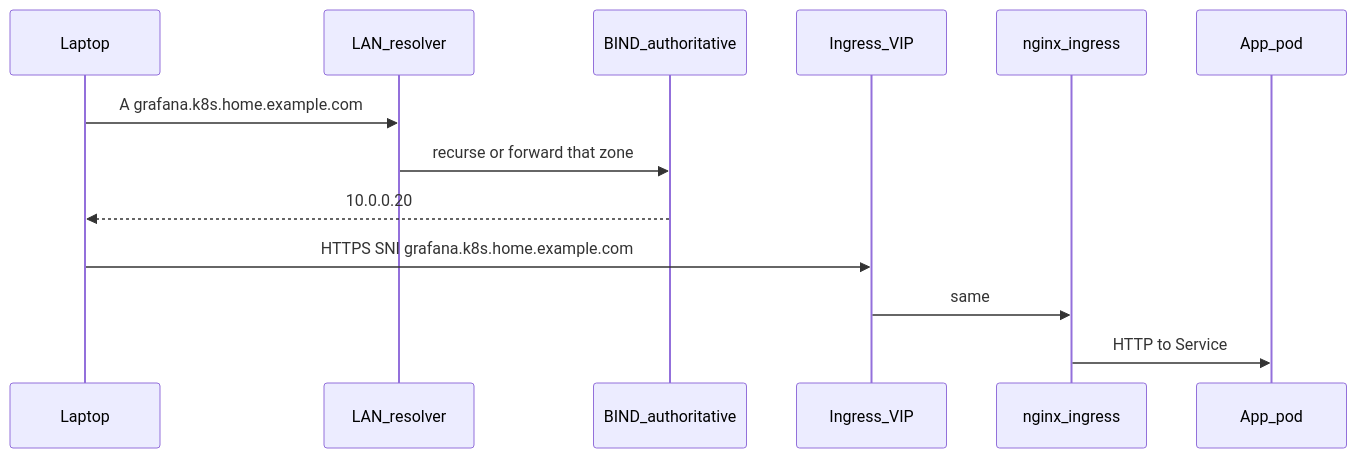
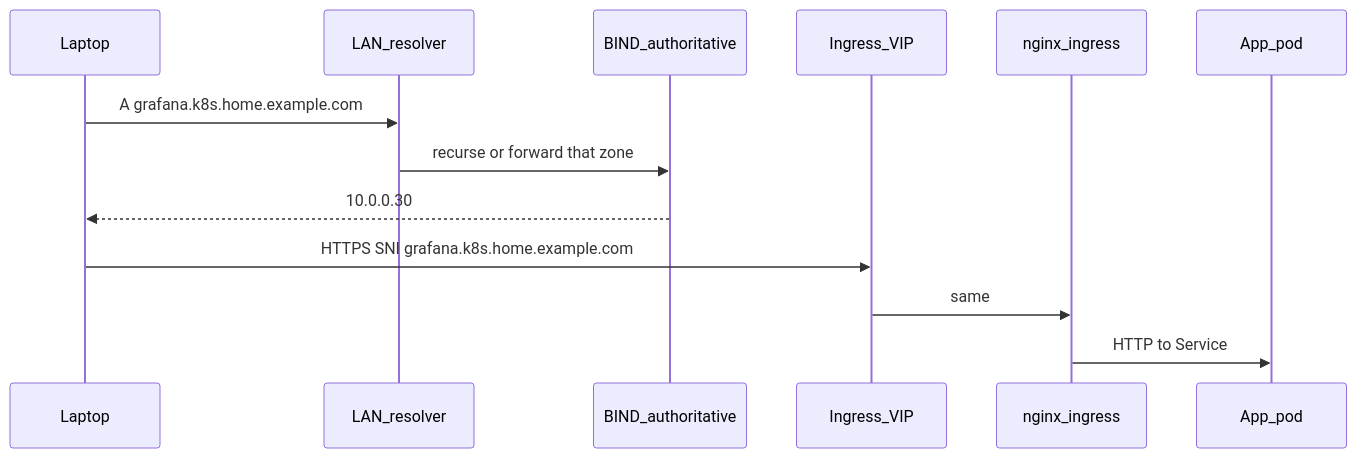
Before and after one commit to jslay88/homelab-gitops-starter: the diagram in docs/dns.md, drawn with Mermaid. The commit also changed other lines of this file and 14 other files, not shown here.

````diff
--- a/docs/dns.md
+++ b/docs/dns.md
@@ -11,16 +11,16 @@
 ```mermaid
 sequenceDiagram
   participant Laptop
   participant Resolver as LAN_resolver
   participant Auth as BIND_authoritative
   participant VIP as Ingress_VIP
   participant Nginx as nginx_ingress
   participant Pod as App_pod
 
   Laptop->>Resolver: A grafana.k8s.home.example.com
   Resolver->>Auth: recurse or forward that zone
-  Auth-->>Laptop: 10.0.0.20
+  Auth-->>Laptop: 10.0.0.30
   Laptop->>VIP: HTTPS SNI grafana.k8s.home.example.com
   VIP->>Nginx: same
   Nginx->>Pod: HTTP to Service
 ```
````
